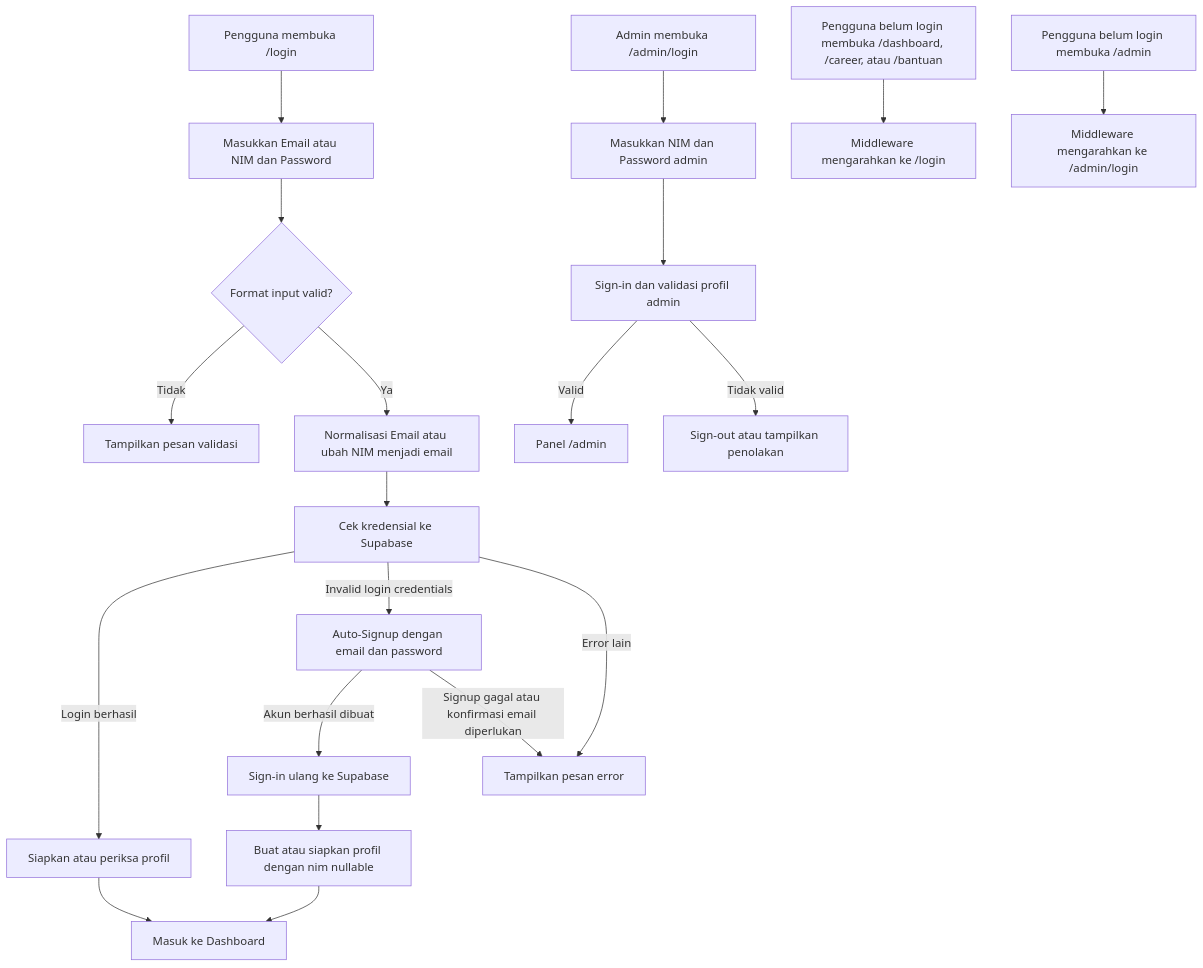
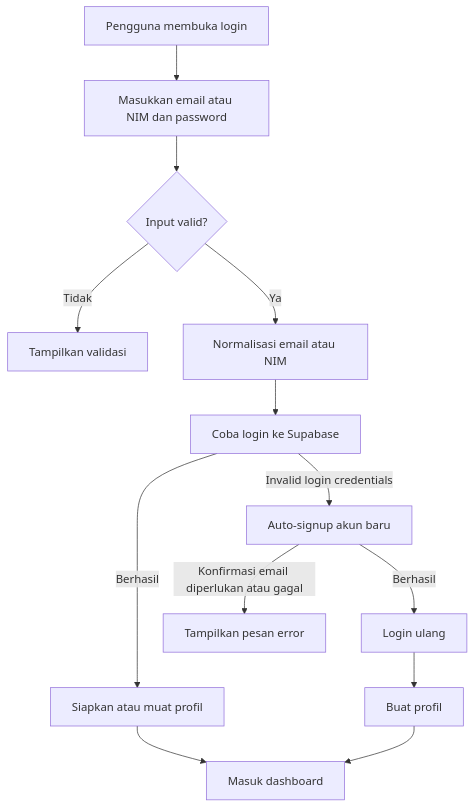
Before and after one commit to nandayudhistirawibowo/NdUniverse: the first of 9 diagrams in FLOWCHART.md, drawn with Mermaid. The commit also changed other lines of this file and 3 other files, not shown here.

````diff
--- a/FLOWCHART.md
+++ b/FLOWCHART.md
@@ -5,24 +5,15 @@
 ```mermaid
 flowchart TD
-    A[Pengguna membuka /login] --> B[Masukkan Email atau NIM dan Password]
-    B --> C{Format input valid?}
-    C -->|Tidak| D[Tampilkan pesan validasi]
-    C -->|Ya| E[Normalisasi Email atau ubah NIM menjadi email]
-    E --> F[Cek kredensial ke Supabase]
-    F -->|Login berhasil| G[Siapkan atau periksa profil]
-    G --> H[Masuk ke Dashboard]
-    F -->|Invalid login credentials| I[Auto-Signup dengan email dan password]
-    F -->|Error lain| J[Tampilkan pesan error]
-    I -->|Akun berhasil dibuat| K[Sign-in ulang ke Supabase]
-    K --> L[Buat atau siapkan profil dengan nim nullable]
-    L --> H
-    I -->|Signup gagal atau konfirmasi email diperlukan| J
-
-    M[Admin membuka /admin/login] --> N[Masukkan NIM dan Password admin]
-    N --> O[Sign-in dan validasi profil admin]
-    O -->|Valid| P[Panel /admin]
-    O -->|Tidak valid| Q[Sign-out atau tampilkan penolakan]
-
-    R[Pengguna belum login membuka /dashboard, /career, atau /bantuan] --> S[Middleware mengarahkan ke /login]
-    T[Pengguna belum login membuka /admin] --> U[Middleware mengarahkan ke /admin/login]
+    A[Pengguna membuka login] --> B[Masukkan email atau NIM dan password]
+    B --> C{Input valid?}
+    C -->|Tidak| D[Tampilkan validasi]
+    C -->|Ya| E[Normalisasi email atau NIM]
+    E --> F[Coba login ke Supabase]
+    F -->|Berhasil| G[Siapkan atau muat profil]
+    G --> H[Masuk dashboard]
+    F -->|Invalid login credentials| I[Auto-signup akun baru]
+    I -->|Berhasil| J[Login ulang]
+    J --> K[Buat profil]
+    K --> H
+    I -->|Konfirmasi email diperlukan atau gagal| L[Tampilkan pesan error]
 ```
````
